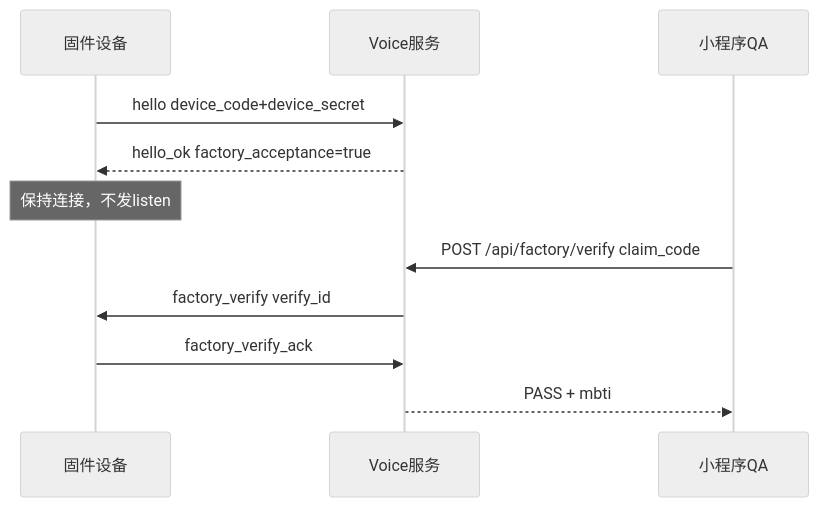
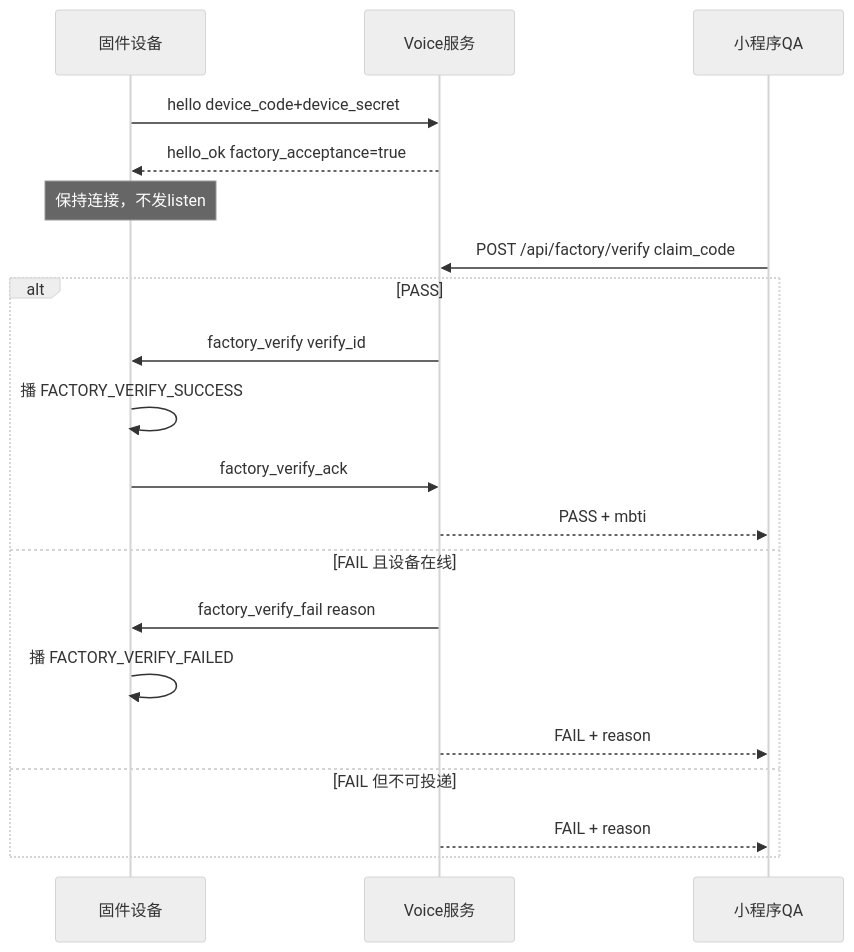
Before and after one commit to pureheartrobotics/shuxin: the second of 2 diagrams in docs/FACTORY_ACCEPTANCE_HANDOFF.md, drawn with Mermaid (neutral theme). The commit also changed other lines of this file and 12 other files, not shown here.

First line of the commit message:
feat(factory): 新增出厂验证提示音与 factory_verify_fail 协议

````diff
--- a/docs/FACTORY_ACCEPTANCE_HANDOFF.md
+++ b/docs/FACTORY_ACCEPTANCE_HANDOFF.md
@@ -160,14 +194,23 @@
 ```mermaid
 sequenceDiagram
     participant HW as 固件设备
     participant WS as Voice服务
     participant QA as 小程序QA
 
     HW->>WS: hello device_code+device_secret
     WS-->>HW: hello_ok factory_acceptance=true
     Note over HW: 保持连接，不发listen
     QA->>WS: POST /api/factory/verify claim_code
-    WS->>HW: factory_verify verify_id
-    HW->>WS: factory_verify_ack
-    WS-->>QA: PASS + mbti
+    alt PASS
+        WS->>HW: factory_verify verify_id
+        HW->>HW: 播 FACTORY_VERIFY_SUCCESS
+        HW->>WS: factory_verify_ack
+        WS-->>QA: PASS + mbti
+    else FAIL 且设备在线
+        WS->>HW: factory_verify_fail reason
+        HW->>HW: 播 FACTORY_VERIFY_FAILED
+        WS-->>QA: FAIL + reason
+    else FAIL 但不可投递
+        WS-->>QA: FAIL + reason
+    end
 ```
````
